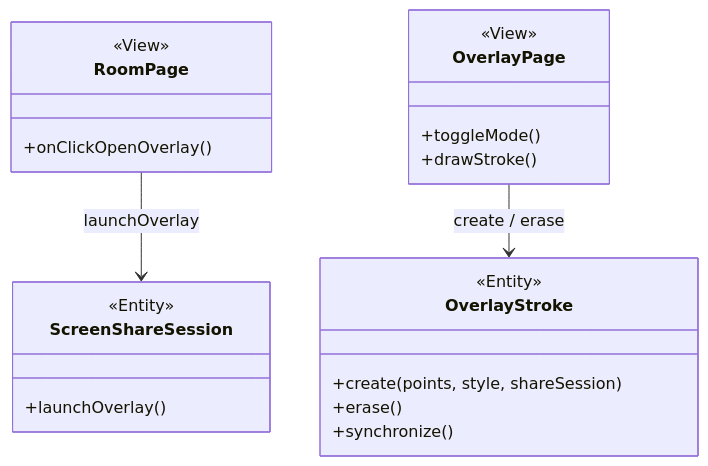
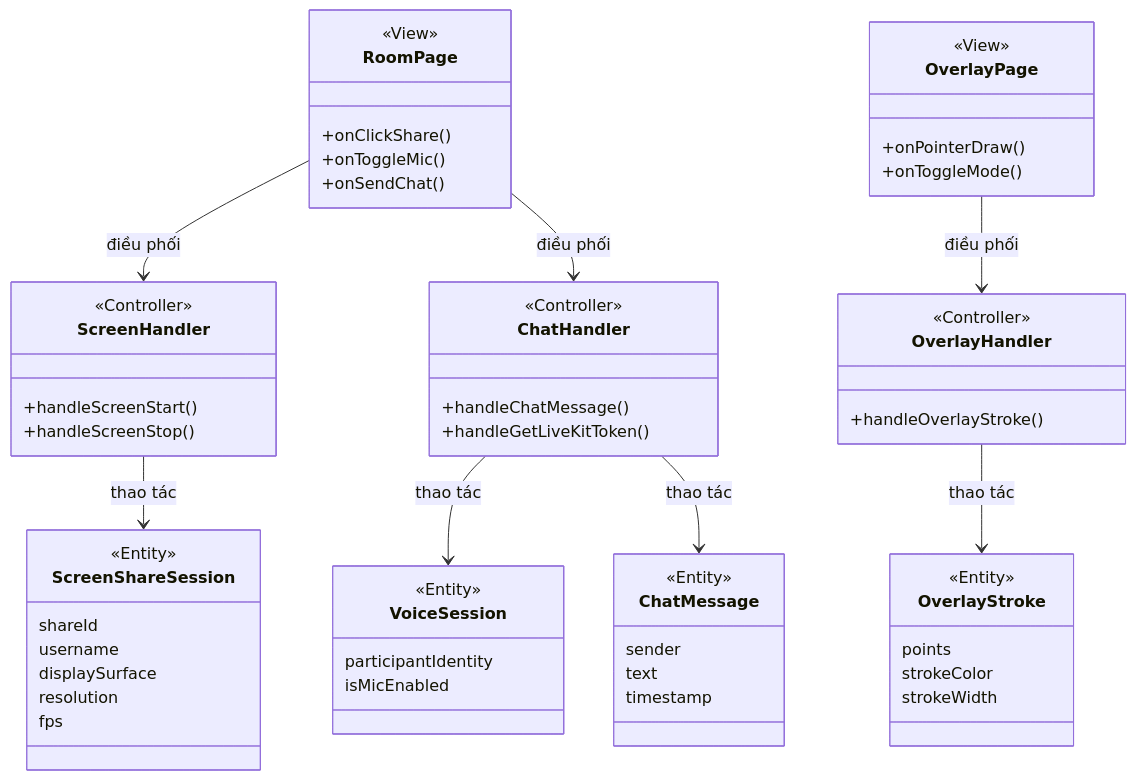
One commit to KhangDaoz/evodraw changed the ninth of 60 diagrams in docs/Báo cáo Evodraw_v2.md. Above: the diagram before and after it, drawn with Mermaid. The commit also changed other lines of this file and 12 other files, not shown here.

Commit message:
Fixed: - Overlay visible in screen share - Pen tool broken on drawing mode activation - UI cleanup for working mode

````diff
--- a/docs/Báo cáo Evodraw_v2.md
+++ b/docs/Báo cáo Evodraw_v2.md
@@ -992,24 +849,60 @@
 ```mermaid
 classDiagram
     class RoomPage {
         <<View>>
-        +onClickOpenOverlay()
+        +onClickShare()
+        +onToggleMic()
+        +onSendChat()
     }
     class OverlayPage {
         <<View>>
-        +toggleMode()
-        +drawStroke()
+        +onPointerDraw()
+        +onToggleMode()
+    }
+    class ScreenHandler {
+        <<Controller>>
+        +handleScreenStart()
+        +handleScreenStop()
+    }
+    class ChatHandler {
+        <<Controller>>
+        +handleChatMessage()
+        +handleGetLiveKitToken()
+    }
+    class OverlayHandler {
+        <<Controller>>
+        +handleOverlayStroke()
     }
     class ScreenShareSession {
         <<Entity>>
-        +launchOverlay()
+        shareId
+        username
+        displaySurface
+        resolution
+        fps
+    }
+    class VoiceSession {
+        <<Entity>>
+        participantIdentity
+        isMicEnabled
+    }
+    class ChatMessage {
+        <<Entity>>
+        sender
+        text
+        timestamp
     }
     class OverlayStroke {
         <<Entity>>
-        +create(points, style, shareSession)
-        +erase()
-        +synchronize()
+        points
+        strokeColor
+        strokeWidth
     }
-    RoomPage --> ScreenShareSession : launchOverlay
-    OverlayPage --> OverlayStroke : create / erase
+    RoomPage --> ScreenHandler : điều phối
+    RoomPage --> ChatHandler : điều phối
+    OverlayPage --> OverlayHandler : điều phối
+    ScreenHandler --> ScreenShareSession : thao tác
+    ChatHandler --> VoiceSession : thao tác
+    ChatHandler --> ChatMessage : thao tác
+    OverlayHandler --> OverlayStroke : thao tác
 ```
````
